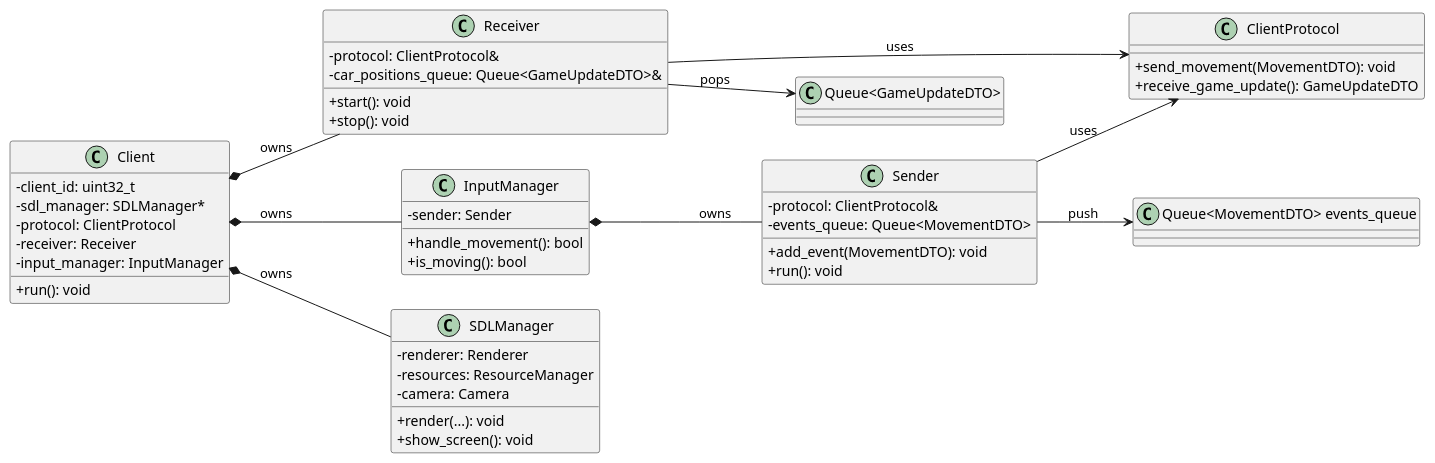
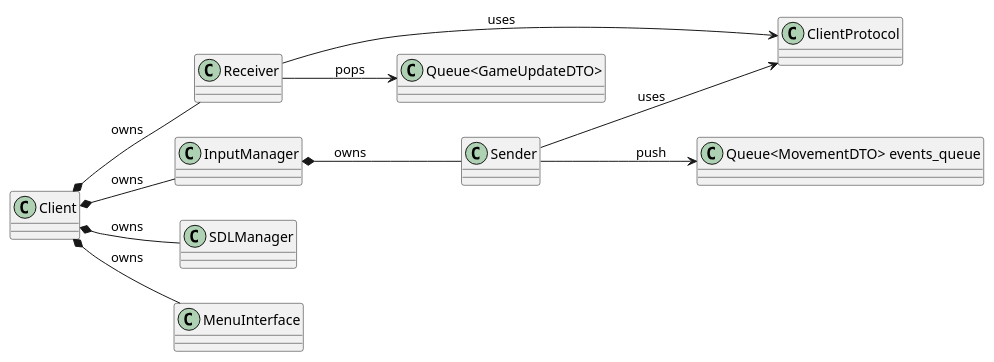
One commit to mateozorzi/practice-sdd changed the diagram in client/client_class_diagram.puml. Above: the diagram before and after it, drawn with PlantUML. The commit also changed 1 other file, not shown here.

Commit message:
diagram uml puml

```diff
--- a/client/client_class_diagram.puml
+++ b/client/client_class_diagram.puml
@@ -1,63 +1,46 @@
 @startuml client_render_class_diagram
 
 left to right direction
 skinparam classAttributeIconSize 0
 
 ' Classes involved in rendering and input
 class Client {
-  - client_id: uint32_t
-  - sdl_manager: SDLManager*
-  - protocol: ClientProtocol
-  - receiver: Receiver
-  - input_manager: InputManager
-  + run(): void
 }
 
 class Receiver {
-  - protocol: ClientProtocol&
-  - car_positions_queue: Queue<GameUpdateDTO>&
-  + start(): void
-  + stop(): void
 }
 
 class Sender {
-  - protocol: ClientProtocol&
-  - events_queue: Queue<MovementDTO>
-  + add_event(MovementDTO): void
-  + run(): void
+
 }
 
 class InputManager {
-  - sender: Sender
-  + handle_movement(): bool
-  + is_moving(): bool
+
 }
 
 class SDLManager {
-  - renderer: Renderer
-  - resources: ResourceManager
-  - camera: Camera
-  + render(...): void
-  + show_screen(): void
+
 }
 
 
 class ClientProtocol {
-  + send_movement(MovementDTO): void
-  + receive_game_update(): GameUpdateDTO
+
 }
+
+class MenuInterface
 
 
 ' Relationships (ownership / uses)
+Client *-- MenuInterface : owns
 Client *-- SDLManager : owns
 Client *-- Receiver : owns
 Client *-- InputManager : owns
 
 Sender --> "Queue<MovementDTO> events_queue" : push
 Receiver --> "Queue<GameUpdateDTO>" : pops
 
 InputManager *-- Sender : owns
 Sender --> ClientProtocol : uses
 Receiver --> ClientProtocol : uses
 
 @enduml
```
